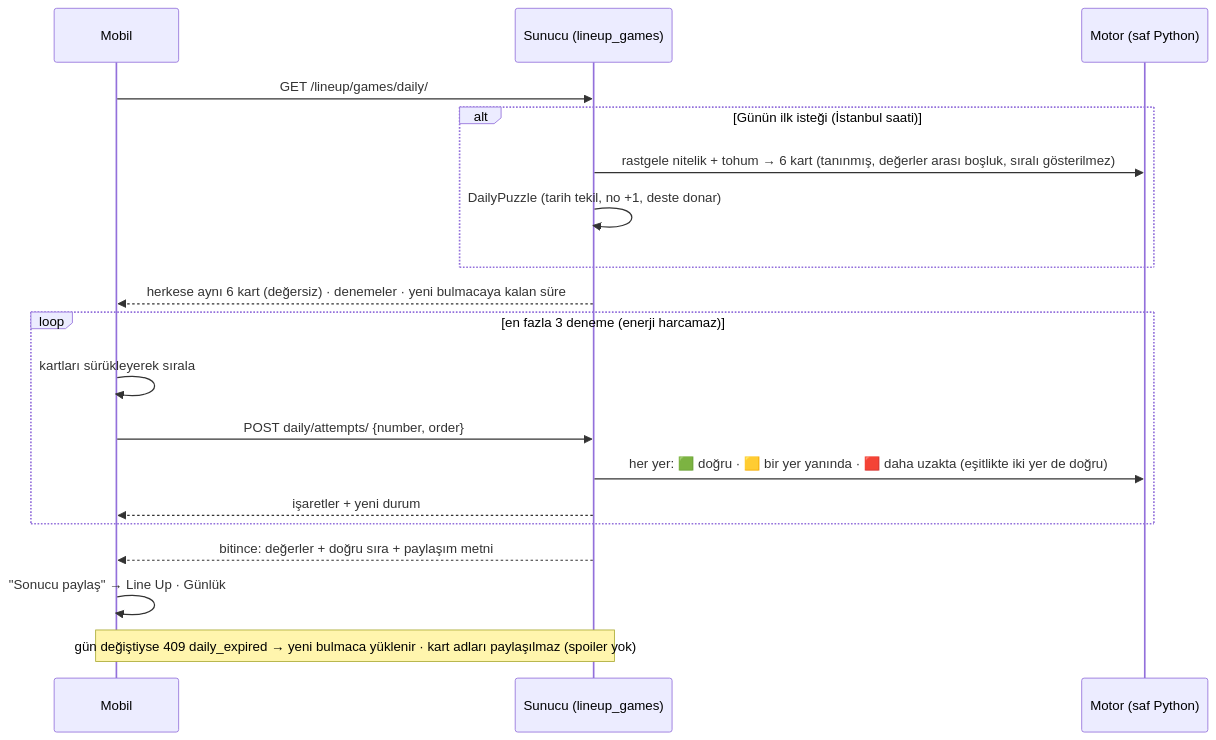
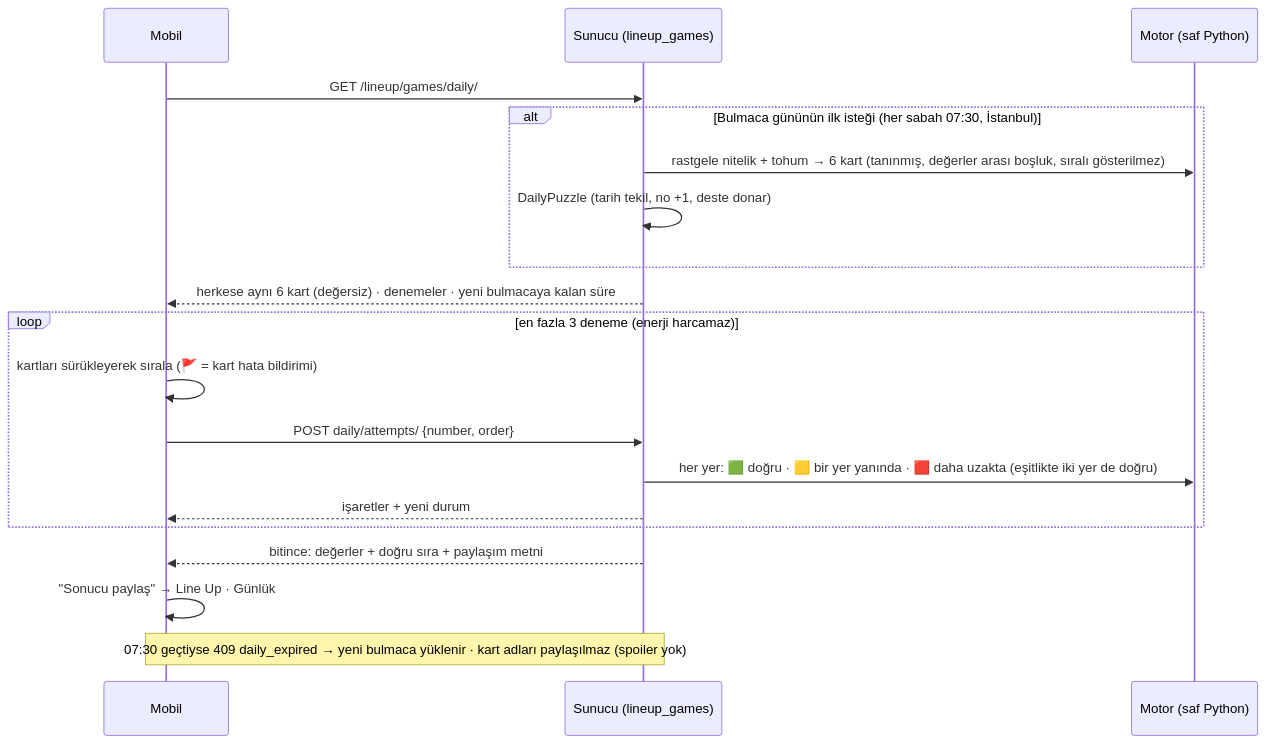
Before and after one commit to anilcelik0/saving: the sixth of 6 diagrams in docs/FLOW_lineup.md, drawn with Mermaid. The commit also changed 9 other files, not shown here.

````diff
--- a/docs/FLOW_lineup.md
+++ b/docs/FLOW_lineup.md
@@ -138,21 +138,21 @@
 ```mermaid
 sequenceDiagram
     participant M as Mobil
     participant S as Sunucu (lineup_games)
     participant E as Motor (saf Python)
     M->>S: GET /lineup/games/daily/
-    alt Günün ilk isteği (İstanbul saati)
+    alt Bulmaca gününün ilk isteği (her sabah 07:30, İstanbul)
         S->>E: rastgele nitelik + tohum → 6 kart (tanınmış, değerler arası boşluk, sıralı gösterilmez)
         S->>S: DailyPuzzle (tarih tekil, no +1, deste donar)
     end
     S-->>M: herkese aynı 6 kart (değersiz) · denemeler · yeni bulmacaya kalan süre
     loop en fazla 3 deneme (enerji harcamaz)
-        M->>M: kartları sürükleyerek sırala
+        M->>M: kartları sürükleyerek sırala (🚩 = kart hata bildirimi)
         M->>S: POST daily/attempts/ {number, order}
         S->>E: her yer: 🟩 doğru · 🟨 bir yer yanında · 🟥 daha uzakta (eşitlikte iki yer de doğru)
         S-->>M: işaretler + yeni durum
     end
     S-->>M: bitince: değerler + doğru sıra + paylaşım metni
     M->>M: "Sonucu paylaş" → Line Up · Günlük #12 (Nüfus) / 🟥🟨🟩… / 🟩🟩🟩… – 2. deneme
-    Note over M,S: gün değiştiyse 409 daily_expired → yeni bulmaca yüklenir · kart adları paylaşılmaz (spoiler yok)
+    Note over M,S: 07:30 geçtiyse 409 daily_expired → yeni bulmaca yüklenir · kart adları paylaşılmaz (spoiler yok)
 ```
````
